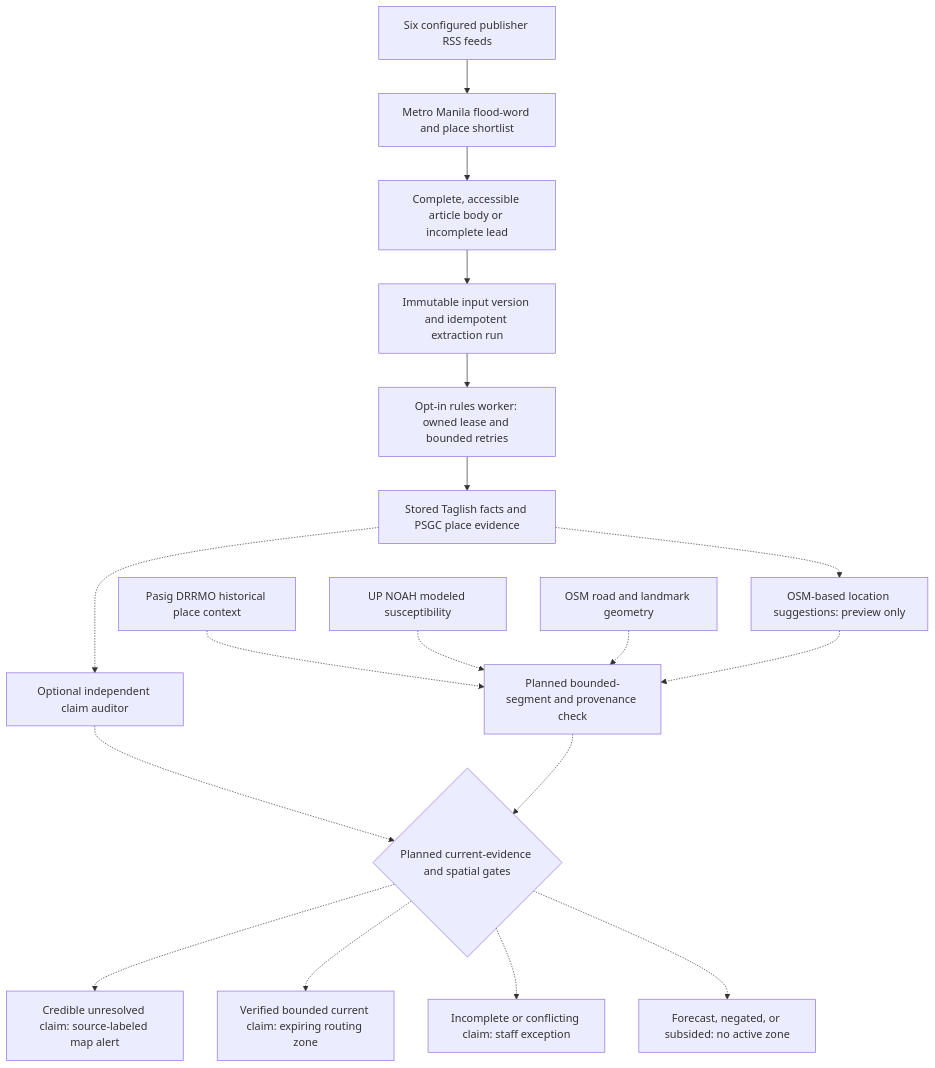
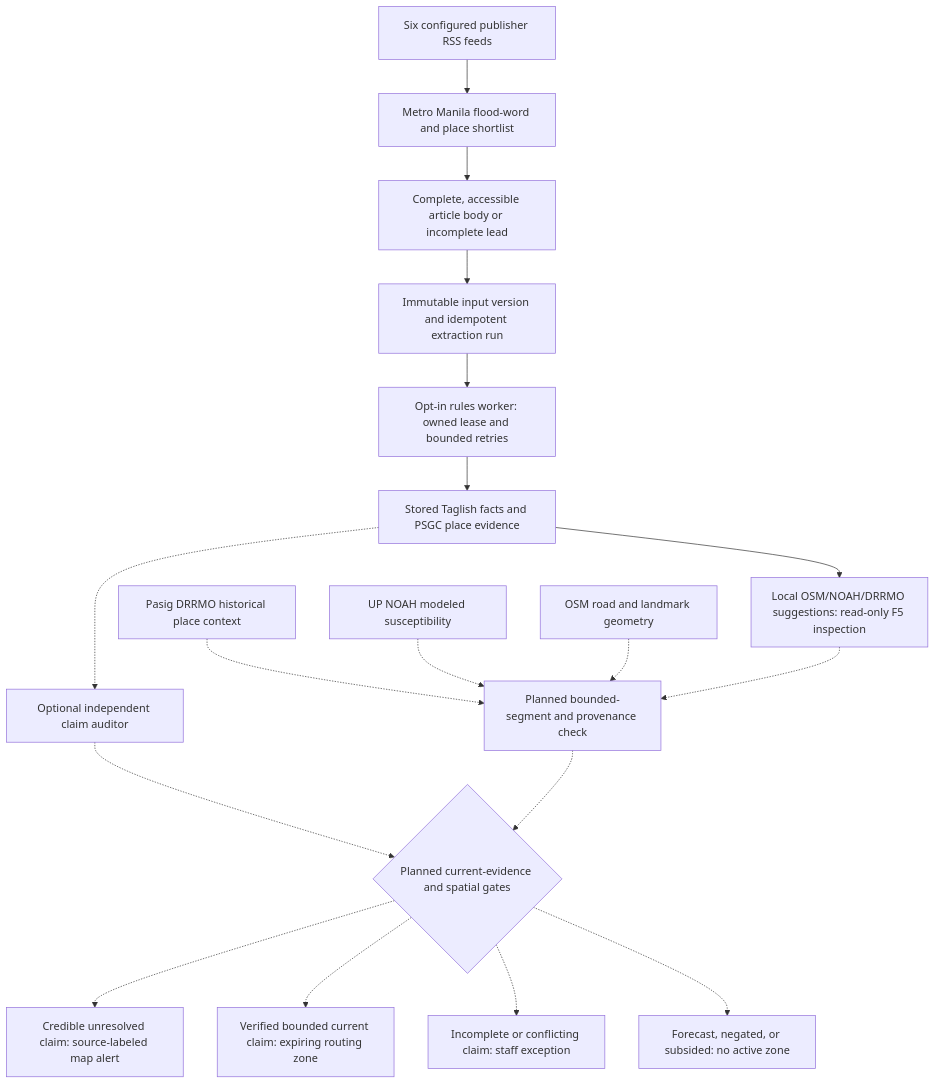
Before and after one commit to pu-roi/LANES: the diagram in docs/plans/smart-auto-activation-and-hybrid-nlp-plan.md, drawn with Mermaid. The commit also changed other lines of this file and 149 other files, not shown here.

````diff
--- a/docs/plans/smart-auto-activation-and-hybrid-nlp-plan.md
+++ b/docs/plans/smart-auto-activation-and-hybrid-nlp-plan.md
@@ -24,20 +24,20 @@
 ```mermaid
 flowchart TD
     RSS["Six configured publisher RSS feeds"] --> Shortlist["Metro Manila flood-word and place shortlist"]
     Shortlist --> Body["Complete, accessible article body or incomplete lead"]
     Body --> Inputs["Immutable input version and idempotent extraction run"]
     Inputs --> Worker["Opt-in rules worker: owned lease and bounded retries"]
     Worker --> Facts["Stored Taglish facts and PSGC place evidence"]
-    Facts -.-> Preview["OSM-based location suggestions: preview only"]
+    Facts --> Preview["Local OSM/NOAH/DRRMO suggestions: read-only F5 inspection"]
     Facts -.-> Audit["Optional independent claim auditor"]
     DRRMO["Pasig DRRMO historical place context"] -.-> Spatial["Planned bounded-segment and provenance check"]
     NOAH["UP NOAH modeled susceptibility"] -.-> Spatial
     OSM["OSM road and landmark geometry"] -.-> Spatial
     Preview -.-> Spatial
     Audit -.-> Gate{"Planned current-evidence and spatial gates"}
     Spatial -.-> Gate
     Gate -.-> Alert["Credible unresolved claim: source-labeled map alert"]
     Gate -.-> Zone["Verified bounded current claim: expiring routing zone"]
     Gate -.-> Review["Incomplete or conflicting claim: staff exception"]
     Gate -.-> Suppressed["Forecast, negated, or subsided: no active zone"]
 ```
````
